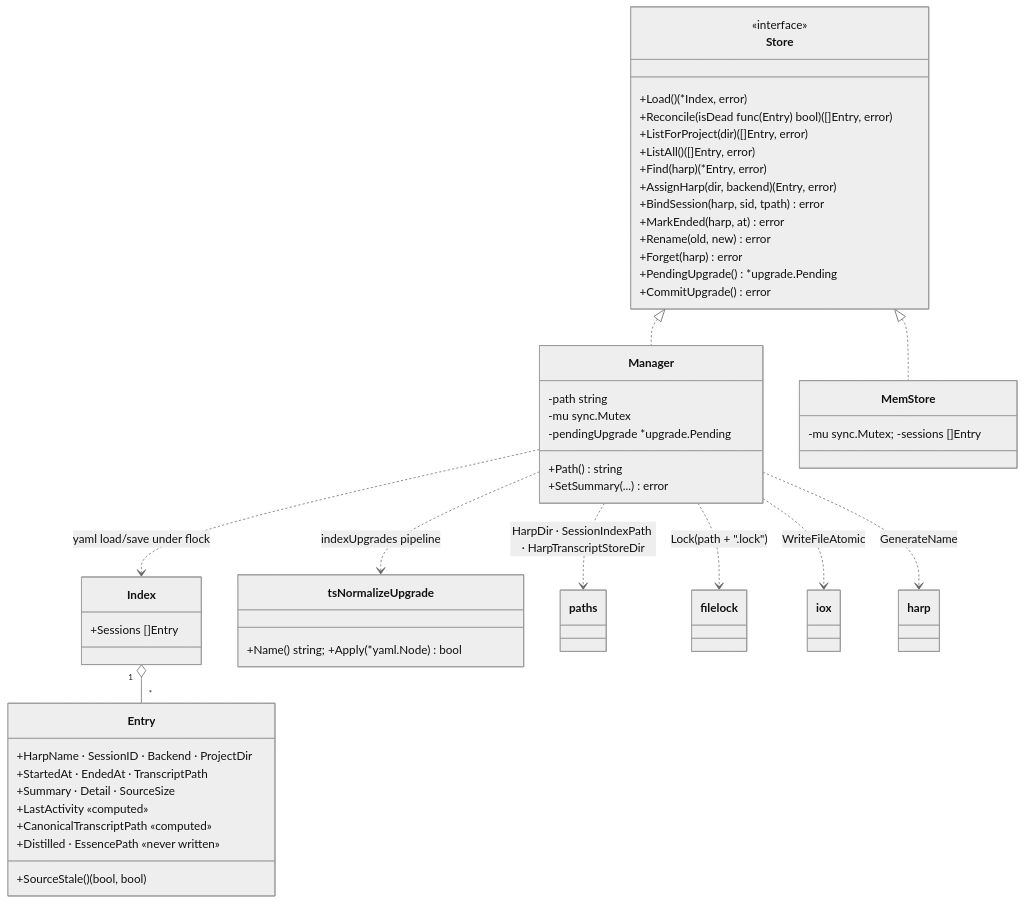
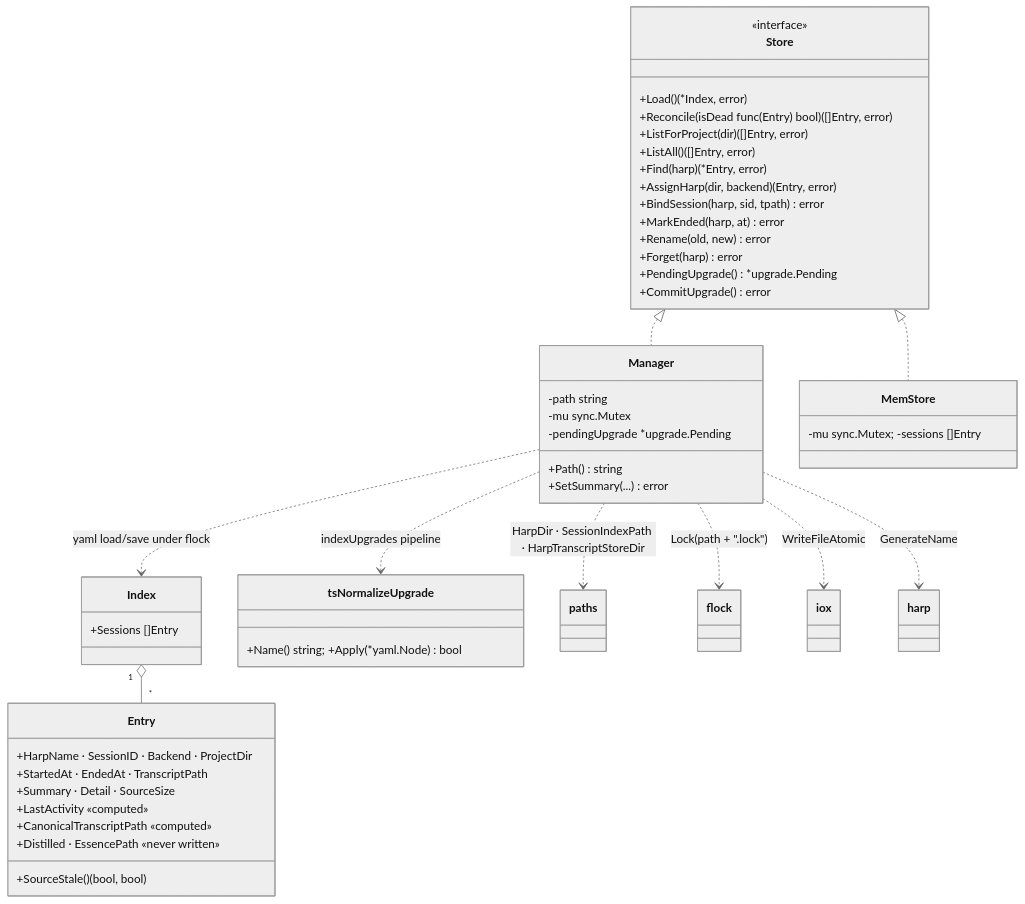
The first of 2 diagrams in docs/architecture/companions/sessions.md (ctxloom/ctxloom), drawn with Mermaid (neutral theme) before and after one commit. The commit also changed other lines of this file and 29 other files, not shown here.

````diff
--- a/docs/architecture/companions/sessions.md
+++ b/docs/architecture/companions/sessions.md
@@ -21,47 +22,47 @@
 ```mermaid
 classDiagram
     class Store {
         <<interface>>
         +Load() (*Index, error)
         +Reconcile(isDead func(Entry) bool) ([]Entry, error)
         +ListForProject(dir) ([]Entry, error)
         +ListAll() ([]Entry, error)
         +Find(harp) (*Entry, error)
         +AssignHarp(dir, backend) (Entry, error)
         +BindSession(harp, sid, tpath) error
         +MarkEnded(harp, at) error
         +Rename(old, new) error
         +Forget(harp) error
         +PendingUpgrade() *upgrade.Pending
         +CommitUpgrade() error
     }
     class Manager {
         -path string
         -mu sync.Mutex
         -pendingUpgrade *upgrade.Pending
         +Path() string
         +SetSummary(...) error
     }
     class MemStore { -mu sync.Mutex; -sessions []Entry }
     class Index { +Sessions []Entry }
     class Entry {
         +HarpName · SessionID · Backend · ProjectDir
         +StartedAt · EndedAt · TranscriptPath
         +Summary · Detail · SourceSize
         +LastActivity  «computed»
         +CanonicalTranscriptPath  «computed»
         +Distilled · EssencePath  «never written»
         +SourceStale() (bool, bool)
     }
     class tsNormalizeUpgrade { +Name() string; +Apply(*yaml.Node) bool }
 
     Store <|.. Manager
     Store <|.. MemStore
     Manager ..> Index : yaml load/save under flock
     Index "1" o-- "*" Entry
     Manager ..> tsNormalizeUpgrade : indexUpgrades pipeline
     Manager ..> paths : HarpDir · SessionIndexPath · HarpTranscriptStoreDir
-    Manager ..> filelock : Lock(path + ".lock")
+    Manager ..> flock : Lock(path + ".lock")
     Manager ..> iox : WriteFileAtomic
     Manager ..> harp : GenerateName
 ```
````
